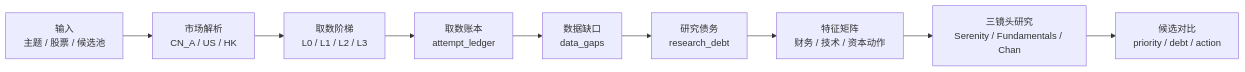
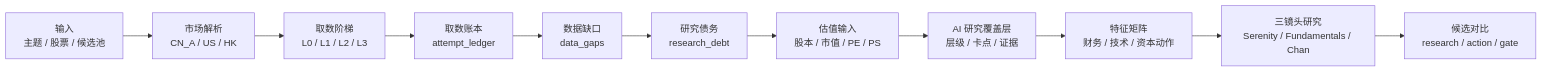
One commit to lucisxu6-cpu/serenity-chan changed the first of 2 diagrams in README.md. Above: the diagram before and after it, drawn with Mermaid. The commit also changed other lines of this file and 38 other files, not shown here.

````diff
--- a/README.md
+++ b/README.md
@@ -22,11 +23,13 @@
 ```mermaid
 flowchart LR
   A["输入<br/>主题 / 股票 / 候选池"] --> B["市场解析<br/>CN_A / US / HK"]
   B --> C["取数阶梯<br/>L0 / L1 / L2 / L3"]
   C --> D["取数账本<br/>attempt_ledger"]
   D --> E["数据缺口<br/>data_gaps"]
   E --> F["研究债务<br/>research_debt"]
-  F --> G["特征矩阵<br/>财务 / 技术 / 资本动作"]
-  G --> H["三镜头研究<br/>Serenity / Fundamentals / Chan"]
-  H --> I["候选对比<br/>priority / debt / action"]
+  F --> G["估值输入<br/>股本 / 市值 / PE / PS"]
+  G --> H["AI 研究覆盖层<br/>层级 / 卡点 / 证据"]
+  H --> I["特征矩阵<br/>财务 / 技术 / 资本动作"]
+  I --> J["三镜头研究<br/>Serenity / Fundamentals / Chan"]
+  J --> K["候选对比<br/>research / action / gate"]
 ```
````
